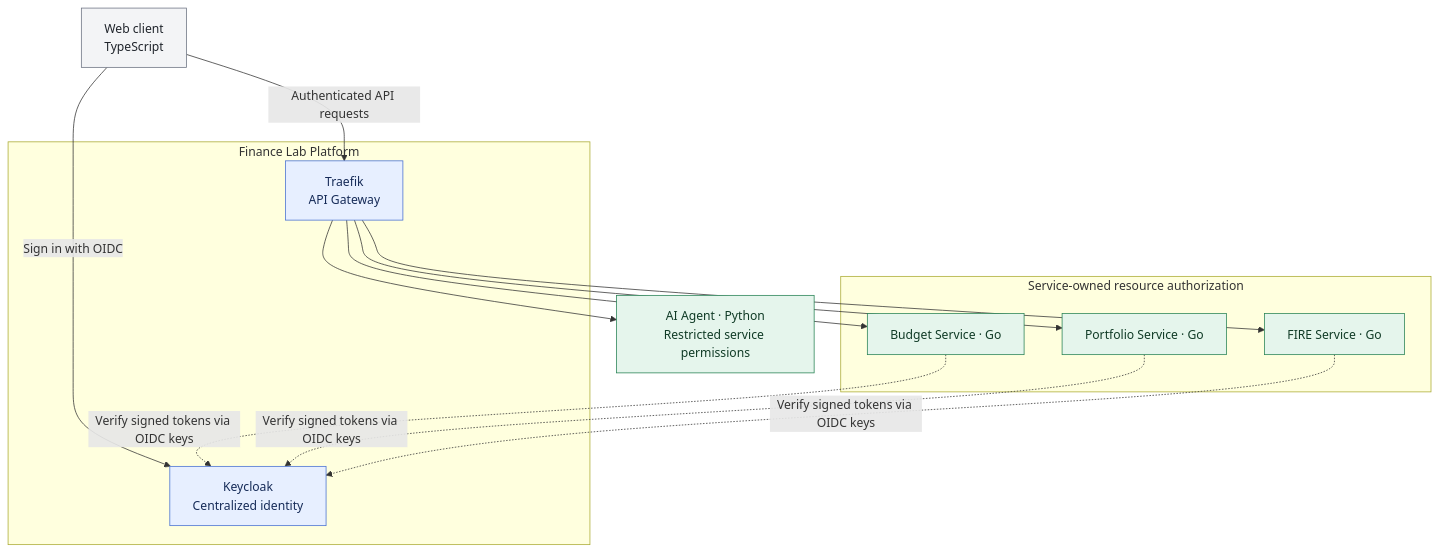
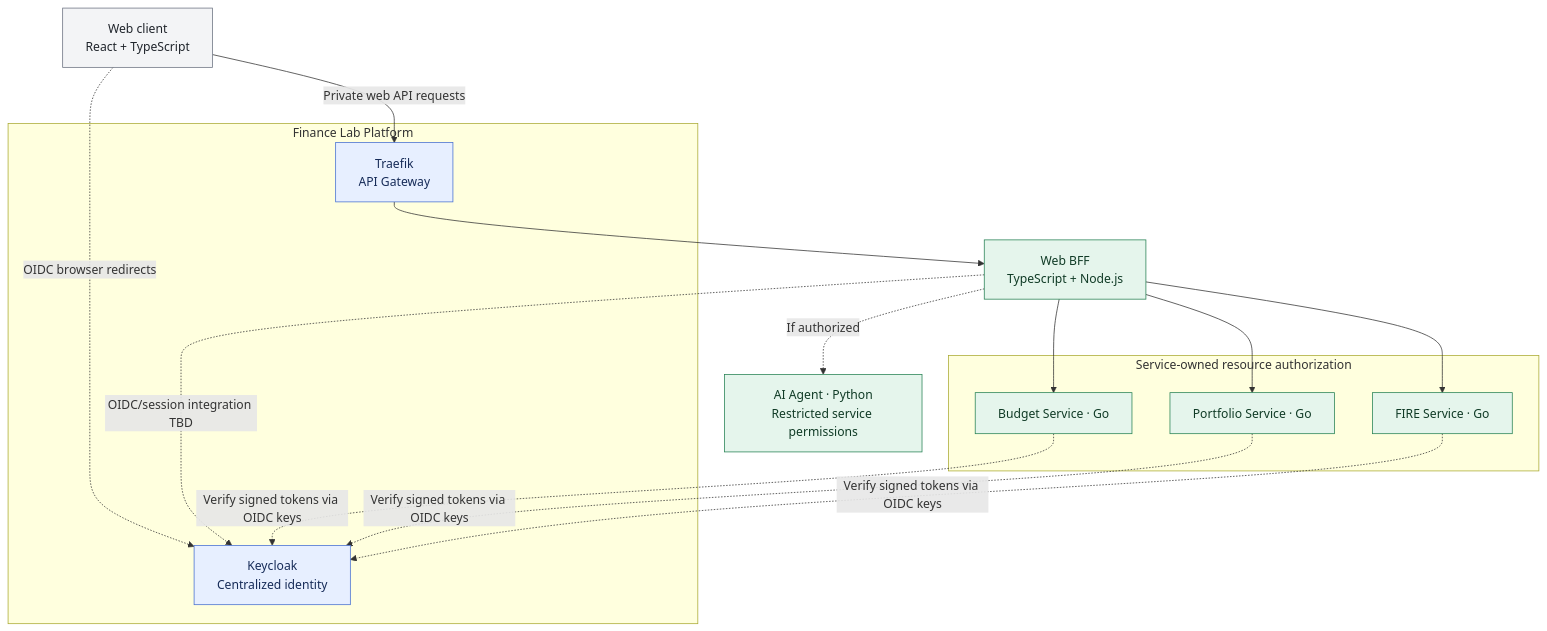
One commit to anton415/finance-lab changed the diagram in docs/architecture/decisions/0006-keycloak-identity-service-authorization.md. Above: the diagram before and after it, drawn with Mermaid. The commit also changed other lines of this file and 4 other files, not shown here.

First line of the commit message:
docs(architecture): accept ADR-012 TypeScript Web BFF

````diff
--- a/docs/architecture/decisions/0006-keycloak-identity-service-authorization.md
+++ b/docs/architecture/decisions/0006-keycloak-identity-service-authorization.md
@@ -22,31 +22,34 @@
 ```mermaid
 flowchart TD
-    CLIENT["Web client<br/>TypeScript"]
+    CLIENT["Web client<br/>React + TypeScript"]
+    BFF["Web BFF<br/>TypeScript + Node.js"]
     subgraph PLATFORM["Finance Lab Platform"]
         IDP["Keycloak<br/>Centralized identity"]
         G["Traefik<br/>API Gateway"]
     end
     subgraph FINANCE["Service-owned resource authorization"]
         B["Budget Service · Go"]
         P["Portfolio Service · Go"]
         F["FIRE Service · Go"]
     end
     A["AI Agent · Python<br/>Restricted service permissions"]
 
-    CLIENT -->|"Sign in with OIDC"| IDP
-    CLIENT -->|"Authenticated API requests"| G
-    G --> B
-    G --> P
-    G --> F
-    G --> A
+    CLIENT -.->|"OIDC browser redirects"| IDP
+    CLIENT -->|"Private web API requests"| G
+    G --> BFF
+    BFF -.->|"OIDC/session integration TBD"| IDP
+    BFF --> B
+    BFF --> P
+    BFF --> F
+    BFF -.->|"If authorized"| A
     B -.->|"Verify signed tokens via OIDC keys"| IDP
     P -.->|"Verify signed tokens via OIDC keys"| IDP
     F -.->|"Verify signed tokens via OIDC keys"| IDP
 
     classDef edge fill:#E7EFFF,stroke:#466FD1,color:#162B58;
     classDef finance fill:#E5F5EC,stroke:#278254,color:#103B26;
     classDef client fill:#F3F4F6,stroke:#6B7280,color:#20252C;
     class CLIENT client;
     class IDP,G edge;
-    class B,P,F,A finance;
+    class BFF,B,P,F,A finance;
 ```
````
